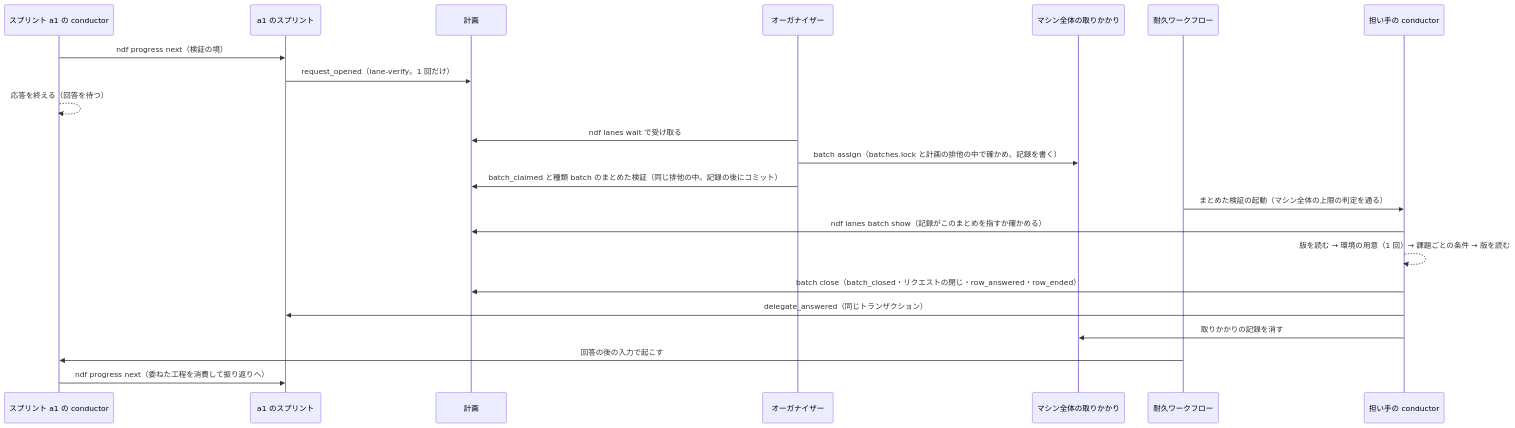
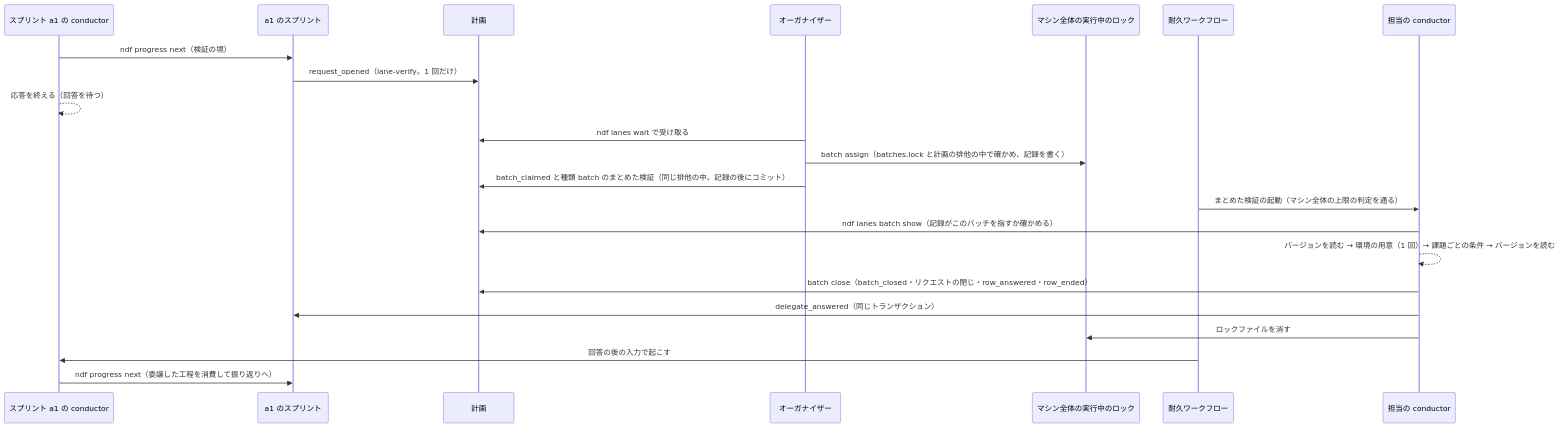
One commit to devbasex/ai-plugins changed the third of 3 diagrams in issues/issue-4211-design.md. Above: the diagram before and after it, drawn with Mermaid. The commit also changed other lines of this file and 1 other file, not shown here.

````diff
--- a/issues/issue-4211-design.md
+++ b/issues/issue-4211-design.md
@@ -144,24 +144,24 @@
 ```mermaid
 sequenceDiagram
     participant A as スプリント a1 の conductor
     participant S as a1 のスプリント
     participant P as 計画
     participant O as オーガナイザー
-    participant M as マシン全体の取りかかり
+    participant M as マシン全体の実行中のロック
     participant W as 耐久ワークフロー
-    participant C as 担い手の conductor
+    participant C as 担当の conductor
     A->>S: ndf progress next（検証の境）
     S->>P: request_opened（lane-verify。1 回だけ）
     A-->>A: 応答を終える（回答を待つ）
     O->>P: ndf lanes wait で受け取る
     O->>M: batch assign（batches.lock と計画の排他の中で確かめ、記録を書く）
     O->>P: batch_claimed と種類 batch のまとめた検証（同じ排他の中。記録の後にコミット）
     W->>C: まとめた検証の起動（マシン全体の上限の判定を通る）
-    C->>P: ndf lanes batch show（記録がこのまとめを指すか確かめる）
-    C-->>C: 版を読む → 環境の用意（1 回）→ 課題ごとの条件 → 版を読む
+    C->>P: ndf lanes batch show（記録がこのバッチを指すか確かめる）
+    C-->>C: バージョンを読む → 環境の用意（1 回）→ 課題ごとの条件 → バージョンを読む
     C->>P: batch close（batch_closed・リクエストの閉じ・row_answered・row_ended）
     C->>S: delegate_answered（同じトランザクション）
-    C->>M: 取りかかりの記録を消す
+    C->>M: ロックファイルを消す
     W->>A: 回答の後の入力で起こす
-    A->>S: ndf progress next（委ねた工程を消費して振り返りへ）
+    A->>S: ndf progress next（委譲した工程を消費して振り返りへ）
 ```
````
